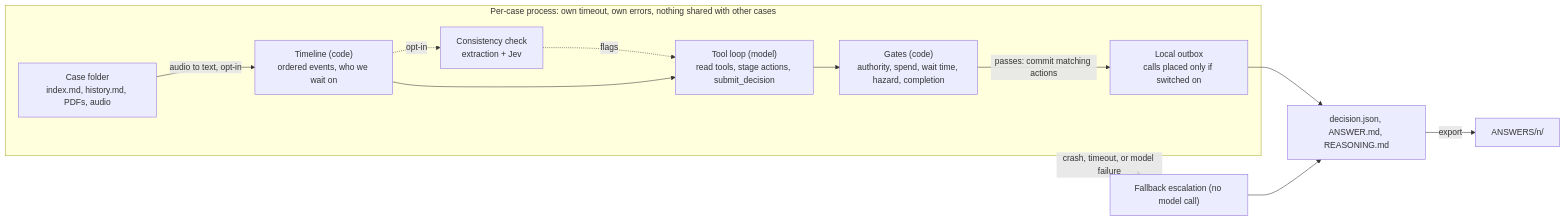
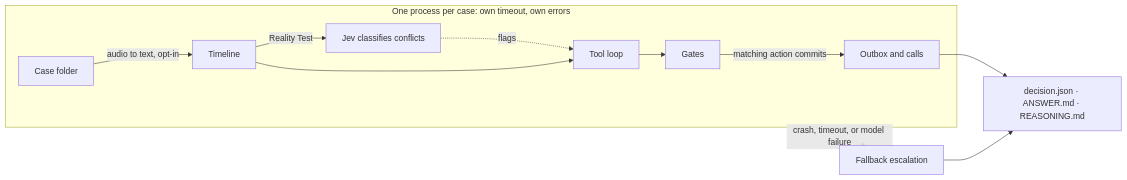
Before and after one commit to kulakovvad/lettable: the diagram in docs/design.md, drawn with Mermaid. The commit also changed other lines of this file and 1 other file, not shown here.

First line of the commit message:
Rewrite the README and case-loop design for submission.

````diff
--- a/docs/design.md
+++ b/docs/design.md
@@ -11,15 +58,14 @@
 ```mermaid
 flowchart LR
-  subgraph W["Per-case process: own timeout, own errors, nothing shared with other cases"]
-    A["Case folder<br/>index.md, history.md, PDFs, audio"] -->|"audio to text, opt-in"| B["Timeline (code)<br/>ordered events, who we wait on"]
-    B -.->|"opt-in"| K["Consistency check<br/>extraction + Jev"]
+  subgraph W["One process per case: own timeout, own errors"]
+    A["Case folder"] -->|"audio to text, opt-in"| B["Timeline"]
+    B -->|"Reality Test"| K["Jev classifies conflicts"]
     K -.->|flags| C
-    B --> C["Tool loop (model)<br/>read tools, stage actions, submit_decision"]
-    C --> D["Gates (code)<br/>authority, spend, wait time, hazard, completion"]
-    D -->|"passes: commit matching actions"| E["Local outbox<br/>calls placed only if switched on"]
+    B --> C["Tool loop"]
+    C --> D["Gates"]
+    D -->|"matching action commits"| E["Outbox and calls"]
   end
-  E --> F["decision.json, ANSWER.md, REASONING.md"]
-  W -. "crash, timeout, or model failure" .-> G["Fallback escalation (no model call)"]
+  E --> F["decision.json · ANSWER.md · REASONING.md"]
+  W -. "crash, timeout, or model failure" .-> G["Fallback escalation"]
   G --> F
-  F -->|"export"| I["ANSWERS/n/"]
 ```
````
